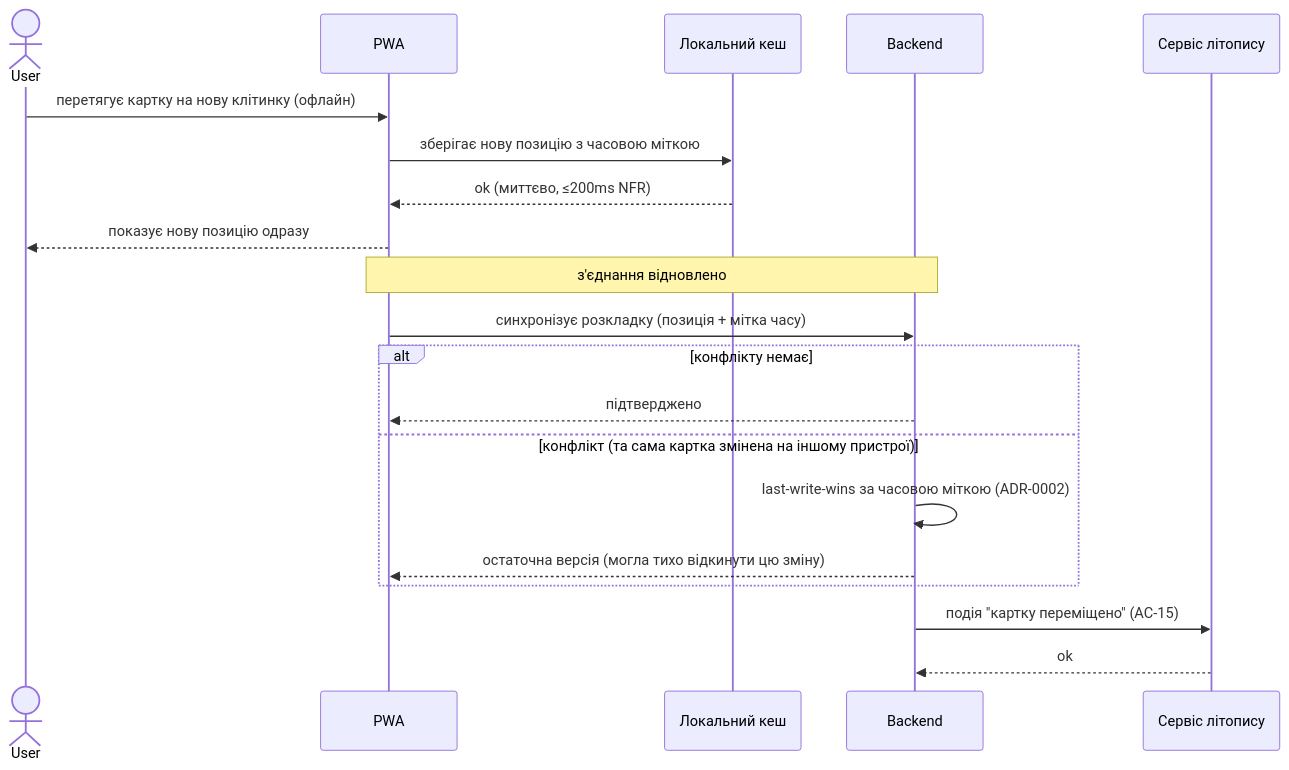
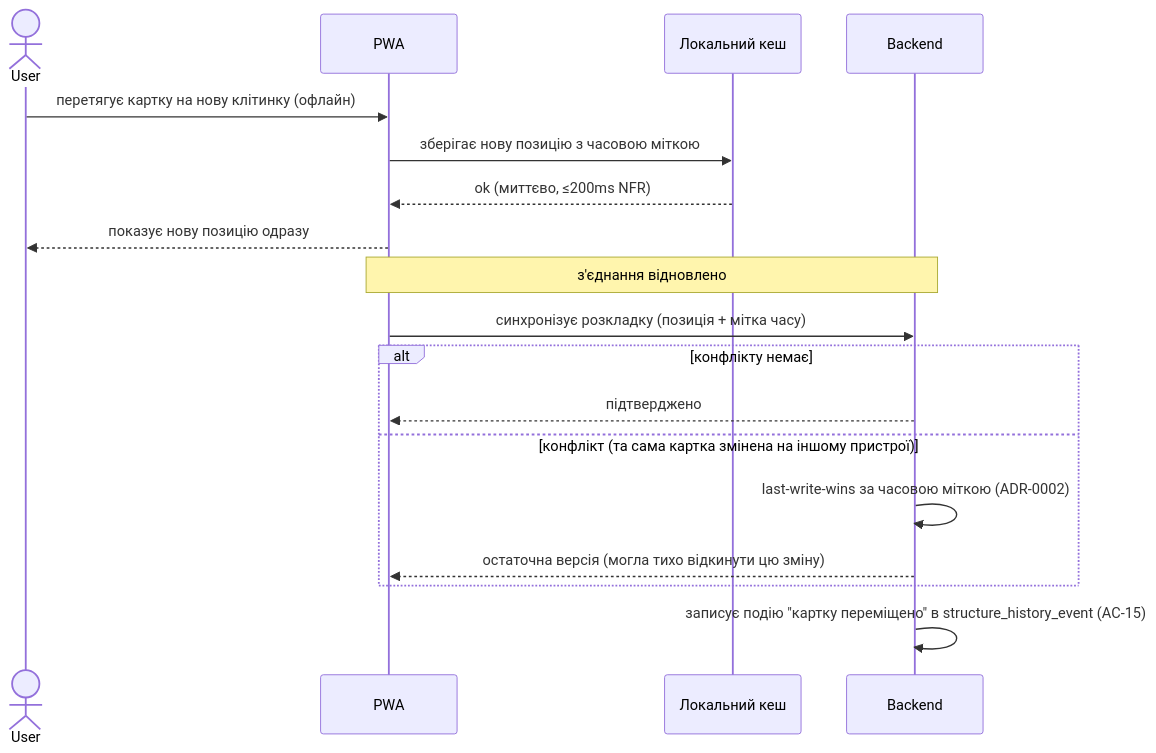
Before and after one commit to danyllukandrey-cloud/claude-workspace: the fourth of 12 diagrams in docs/features/structure/sad.md, drawn with Mermaid. The commit also changed other lines of this file and 17 other files, not shown here.

````diff
--- a/docs/features/structure/sad.md
+++ b/docs/features/structure/sad.md
@@ -174,24 +169,22 @@
 ```mermaid
 sequenceDiagram
     actor User
     participant PWA
     participant Cache as Локальний кеш
     participant Backend
-    participant HistorySvc as Сервіс літопису
 
     User->>PWA: перетягує картку на нову клітинку (офлайн)
     PWA->>Cache: зберігає нову позицію з часовою міткою
     Cache-->>PWA: ok (миттєво, ≤200ms NFR)
     PWA-->>User: показує нову позицію одразу
 
     Note over PWA,Backend: з'єднання відновлено
     PWA->>Backend: синхронізує розкладку (позиція + мітка часу)
     alt конфлікту немає
         Backend-->>PWA: підтверджено
     else конфлікт (та сама картка змінена на іншому пристрої)
         Backend->>Backend: last-write-wins за часовою міткою (ADR-0002)
         Backend-->>PWA: остаточна версія (могла тихо відкинути цю зміну)
     end
-    Backend->>HistorySvc: подія "картку переміщено" (AC-15)
-    HistorySvc-->>Backend: ok
+    Backend->>Backend: записує подію "картку переміщено" в structure_history_event (AC-15)
 ```
````
